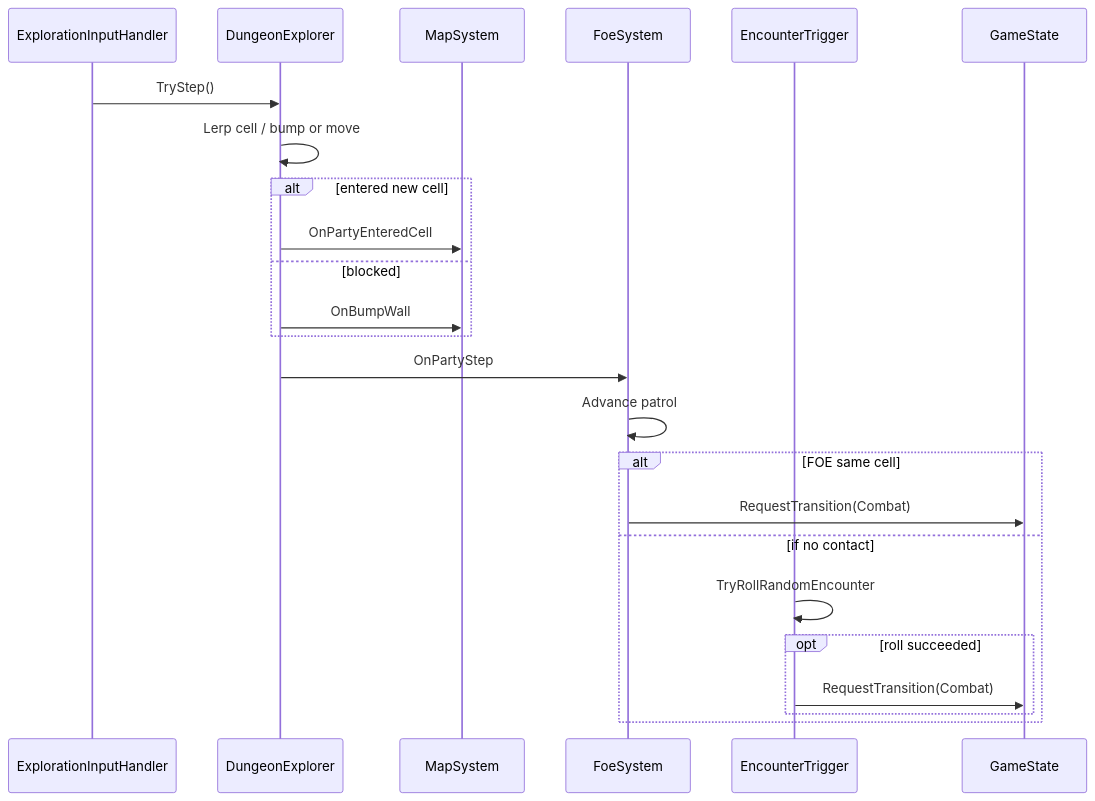
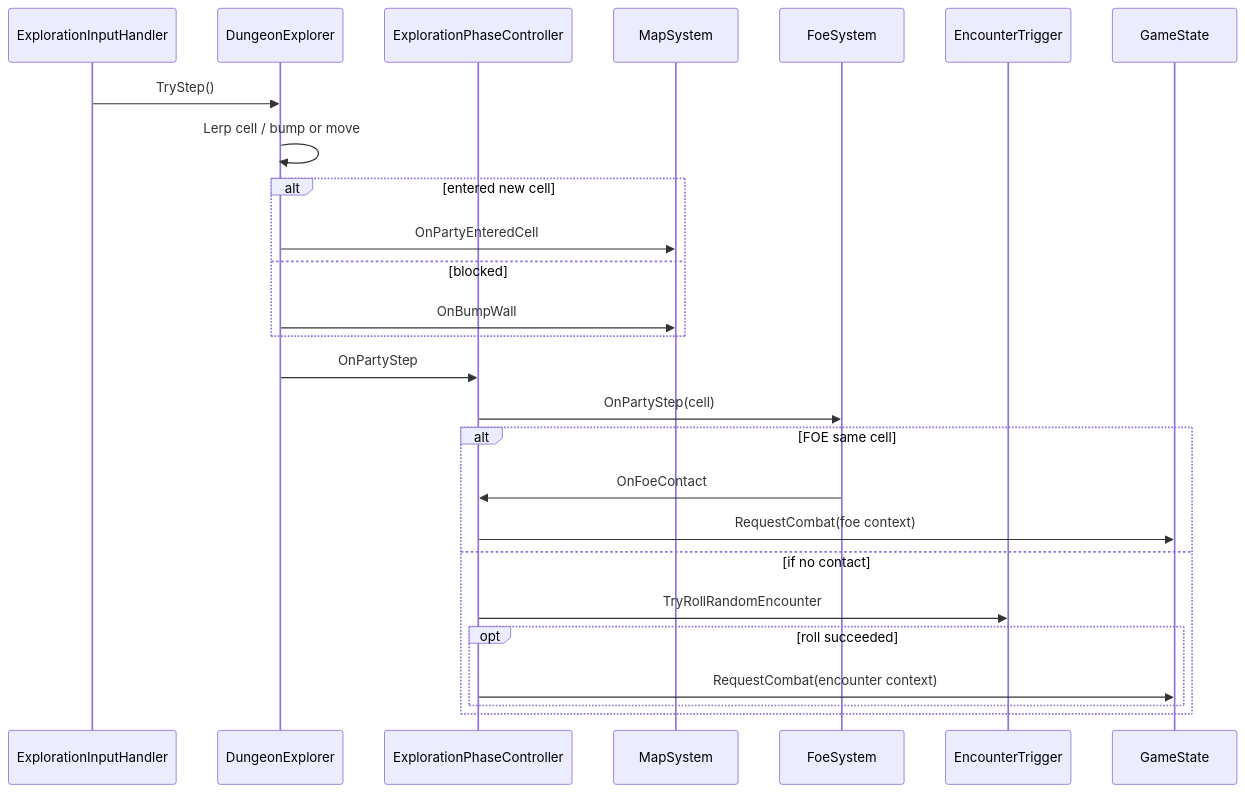
Before and after one commit to miramocha/griddungeon-design-docs: the fifth of 6 diagrams in docs/02-systems/game-phase.md, drawn with Mermaid. The commit also changed other lines of this file, not shown here.

First line of the commit message:
Docs: align game-phase.md with griddungeon-game implementation.

````diff
--- a/docs/02-systems/game-phase.md
+++ b/docs/02-systems/game-phase.md
@@ -178,27 +189,29 @@
 ```mermaid
 sequenceDiagram
   participant Input as ExplorationInputHandler
   participant DE as DungeonExplorer
+  participant EP as ExplorationPhaseController
   participant Map as MapSystem
   participant Foe as FoeSystem
   participant Enc as EncounterTrigger
   participant GS as GameState
 
   Input->>DE: TryStep()
   DE->>DE: Lerp cell / bump or move
   alt entered new cell
     DE->>Map: OnPartyEnteredCell
   else blocked
     DE->>Map: OnBumpWall
   end
-  DE->>Foe: OnPartyStep
-  Foe->>Foe: Advance patrol
+  DE->>EP: OnPartyStep
+  EP->>Foe: OnPartyStep(cell)
   alt FOE same cell
-    Foe->>GS: RequestTransition(Combat)
+    Foe->>EP: OnFoeContact
+    EP->>GS: RequestCombat(foe context)
   else if no contact
-    Enc->>Enc: TryRollRandomEncounter
+    EP->>Enc: TryRollRandomEncounter
     opt roll succeeded
-      Enc->>GS: RequestTransition(Combat)
+      EP->>GS: RequestCombat(encounter context)
     end
   end
 ```
````
